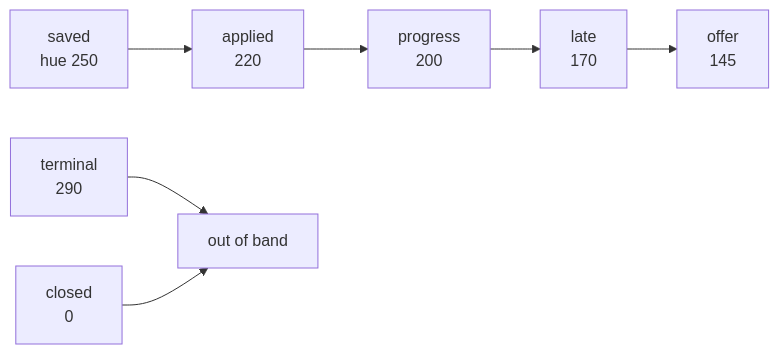
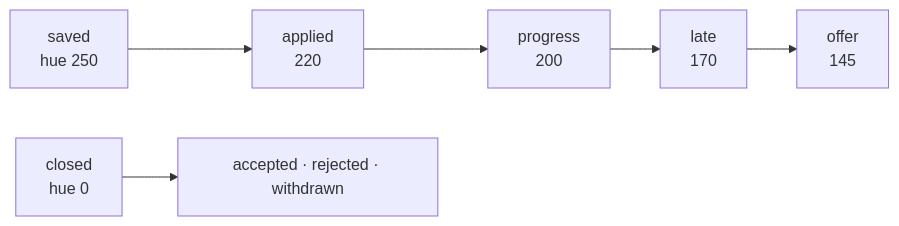
The third of 4 diagrams in docs/design-system.md (c0k0n/job-tracker), drawn with Mermaid before and after one commit. The commit also changed other lines of this file and 45 other files, not shown here.

````diff
--- a/docs/design-system.md
+++ b/docs/design-system.md
@@ -63,5 +63,5 @@
 ```mermaid
 flowchart LR
     A["saved<br/>hue 250"] --> B["applied<br/>220"] --> C["progress<br/>200"] --> D["late<br/>170"] --> E["offer<br/>145"]
-    F["terminal<br/>290"] & G["closed<br/>0"] --> H["out of band"]
+    F["closed<br/>hue 0"] --> G["accepted · rejected · withdrawn"]
 ```
````
